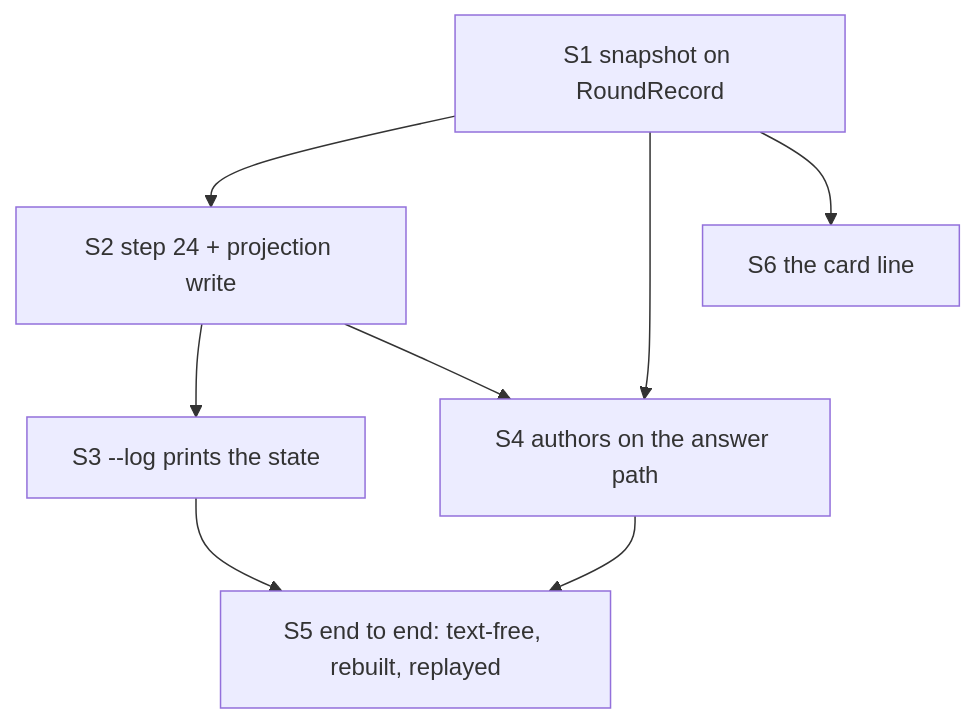
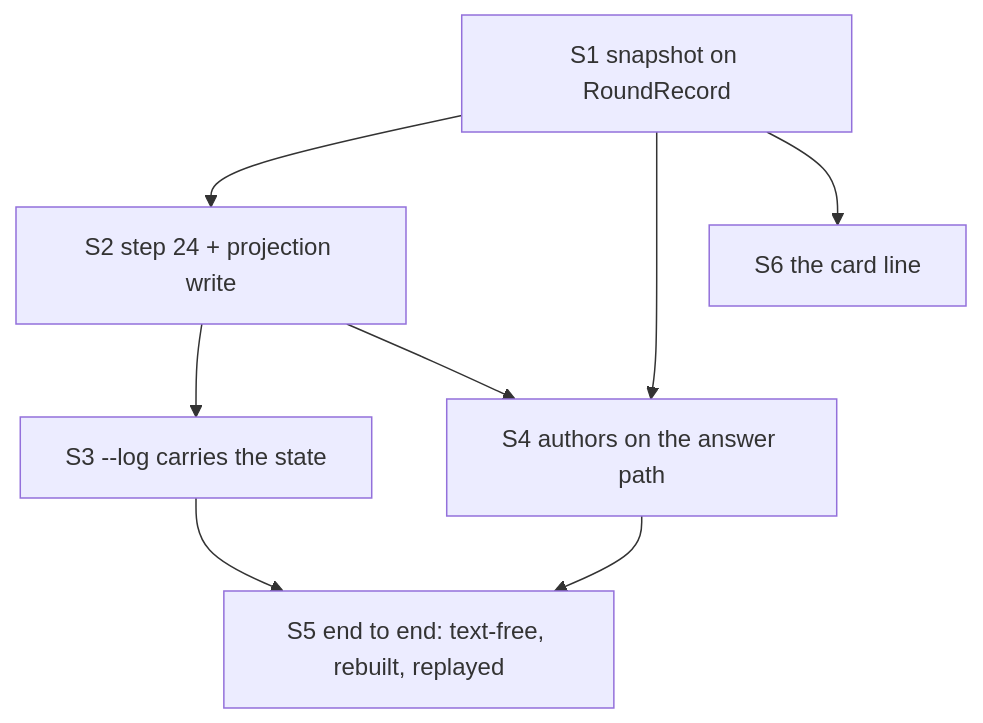
The diagram in todo/PLAN_a_round_records_who_wrote_the_code_and_how_much_E5.md (oleksandrdubyna88/dew_flow_connect_other_ais), drawn with Mermaid before and after one commit. The commit also changed other lines of this file and 50 other files, not shown here.

````diff
--- a/todo/PLAN_a_round_records_who_wrote_the_code_and_how_much_E5.md
+++ b/todo/PLAN_a_round_records_who_wrote_the_code_and_how_much_E5.md
@@ -69,10 +194,10 @@
 ```mermaid
 flowchart TD
     S1[S1 snapshot on RoundRecord] --> S2[S2 step 24 + projection write]
-    S2 --> S3[S3 --log prints the state]
+    S2 --> S3[S3 --log carries the state]
     S1 --> S4[S4 authors on the answer path]
     S2 --> S4
     S3 --> S5[S5 end to end: text-free, rebuilt, replayed]
     S4 --> S5
     S1 --> S6[S6 the card line]
 ```
````
